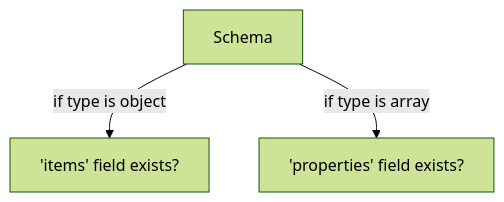
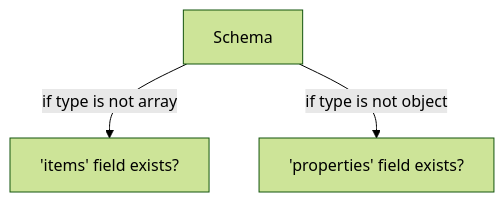
The diagram in docs/@v2/rules/common/no-schema-type-mismatch.md (Redocly/redocly-cli), drawn with Mermaid (forest theme) before and after one commit. The commit also changed other lines of this file and 3 other files, not shown here.

Commit message:
fix: report properties and items on any mismatched type in no-schema-type-mismatch

````diff
--- a/docs/@v2/rules/common/no-schema-type-mismatch.md
+++ b/docs/@v2/rules/common/no-schema-type-mismatch.md
@@ -28,5 +28,5 @@
 ```mermaid
 flowchart TD
-  Schema -->|if type is object| CheckItems["'items' field exists?"]
-  Schema -->|if type is array| CheckProps["'properties' field exists?"]
+  Schema -->|if type is not array| CheckItems["'items' field exists?"]
+  Schema -->|if type is not object| CheckProps["'properties' field exists?"]
 ```
````
